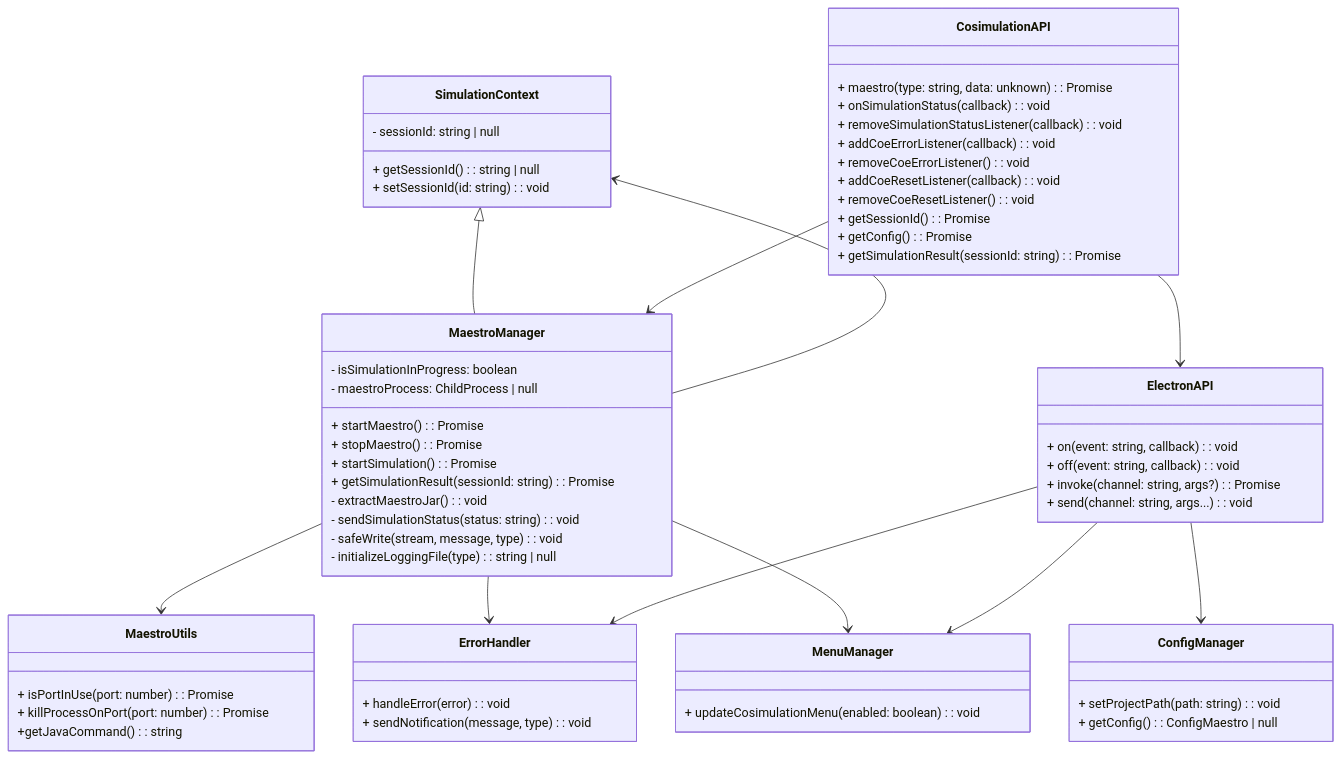
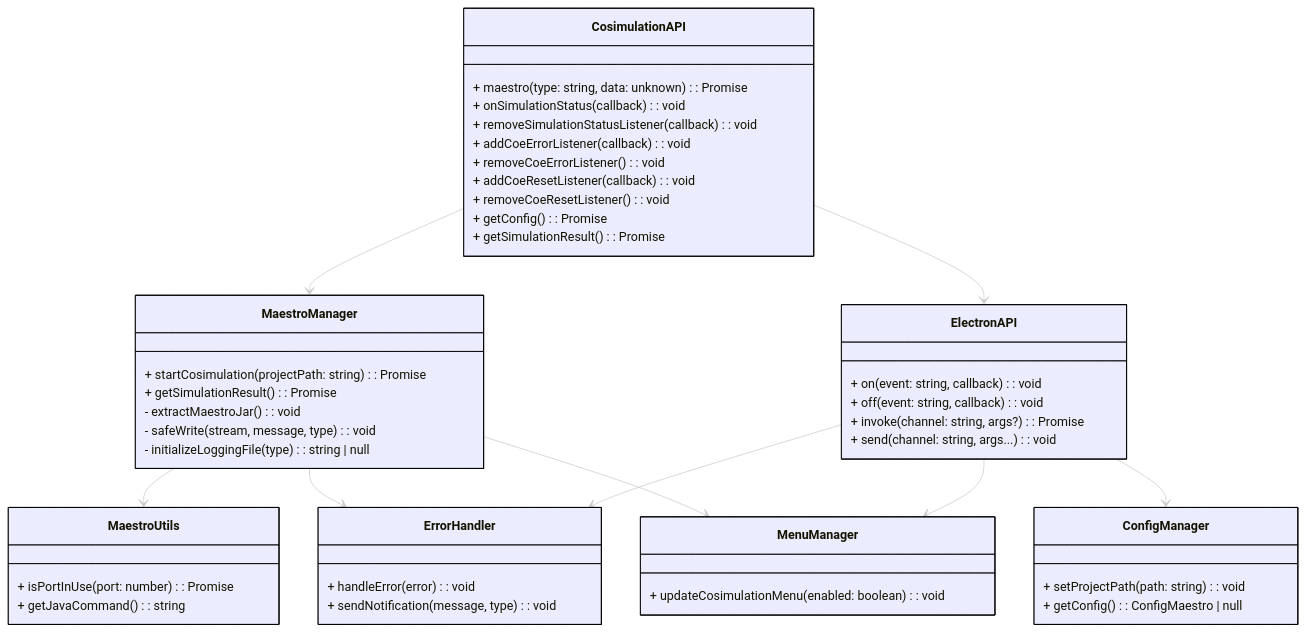
One commit to INTO-CPS-Association/into-cps-application changed the third of 7 diagrams in docs/APPLICATION LAYERS.md. Above: the diagram before and after it, drawn with Mermaid. The commit also changed other lines of this file and 11 other files, not shown here.

````diff
--- a/docs/APPLICATION LAYERS.md
+++ b/docs/APPLICATION LAYERS.md
@@ -236,80 +319,79 @@
 ```mermaid
+%%{init: {
+  "theme": "default",
+  "themeVariables": {
+    "primaryColor": "#000000",
+    "edgeLabelBackground": "#ffffff",
+    "nodeTextColor": "#000000",
+    "nodeBorder": "#000000",
+    "clusterBkg": "#ffffff",
+    "clusterBorder": "#cccccc",
+    "fontFamily": "Arial, sans-serif",
+    "lineColor": "#cccccc",
+    "shadowBlur": "0"
+  }
+}}%%
 classDiagram
-    %% Simulation Context %%
-    class SimulationContext {
-        - sessionId: string | null
-        + getSessionId(): string | null
-        + setSessionId(id: string): void
-    }
-
     %% Maestro Manager %%
     class MaestroManager {
-        + startMaestro(): Promise<MaestroResponse>
-        + stopMaestro(): Promise<void>
-        + startSimulation(): Promise<void>
-        + getSimulationResult(sessionId: string): Promise<string>
+        + startCosimulation(projectPath: string): Promise<void>
+        + getSimulationResult(): Promise<string>
         - extractMaestroJar(): void
-        - sendSimulationStatus(status: string): void
-        - isSimulationInProgress: boolean
-        - maestroProcess: ChildProcess | null
         - safeWrite(stream, message, type): void
         - initializeLoggingFile(type): string | null
     }
 
     %% Cosimulation API %%
     class CosimulationAPI {
         + maestro(type: string, data: unknown): Promise<MaestroResponse>
         + onSimulationStatus(callback): void
         + removeSimulationStatusListener(callback): void
         + addCoeErrorListener(callback): void
         + removeCoeErrorListener(): void
         + addCoeResetListener(callback): void
         + removeCoeResetListener(): void
-        + getSessionId(): Promise<string | null>
         + getConfig(): Promise<ConfigMaestro | null>
-        + getSimulationResult(sessionId: string): Promise<string>
+        + getSimulationResult(): Promise<string>
     }
 
     %% Electron API %%
     class ElectronAPI {
         + on(event: string, callback): void
         + off(event: string, callback): void
         + invoke(channel: string, args?): Promise<unknown>
         + send(channel: string, args...): void
     }
 
     %% Error Handler %%
     class ErrorHandler {
         + handleError(error): void
         + sendNotification(message, type): void
     }
 
     %% Maestro Process Utilities %%
     class MaestroUtils {
         + isPortInUse(port: number): Promise<boolean>
-        + killProcessOnPort(port: number): Promise<void>
-        +getJavaCommand(): string
+        + getJavaCommand(): string
     }
 
     %% Menu Manager %%
     class MenuManager {
         + updateCosimulationMenu(enabled: boolean): void
     }
 
     %% Config Manager %%
     class ConfigManager {
         + setProjectPath(path: string): void
         + getConfig(): ConfigMaestro | null
     }
 
-    SimulationContext <|-- MaestroManager
+    %% Relationships %%
     CosimulationAPI --> MaestroManager
     MaestroManager --> MaestroUtils
     MaestroManager --> ErrorHandler
     MaestroManager --> MenuManager
-    MaestroManager --> SimulationContext
     CosimulationAPI --> ElectronAPI
     ElectronAPI --> ErrorHandler
     ElectronAPI --> ConfigManager
     ElectronAPI --> MenuManager
 ```
````
